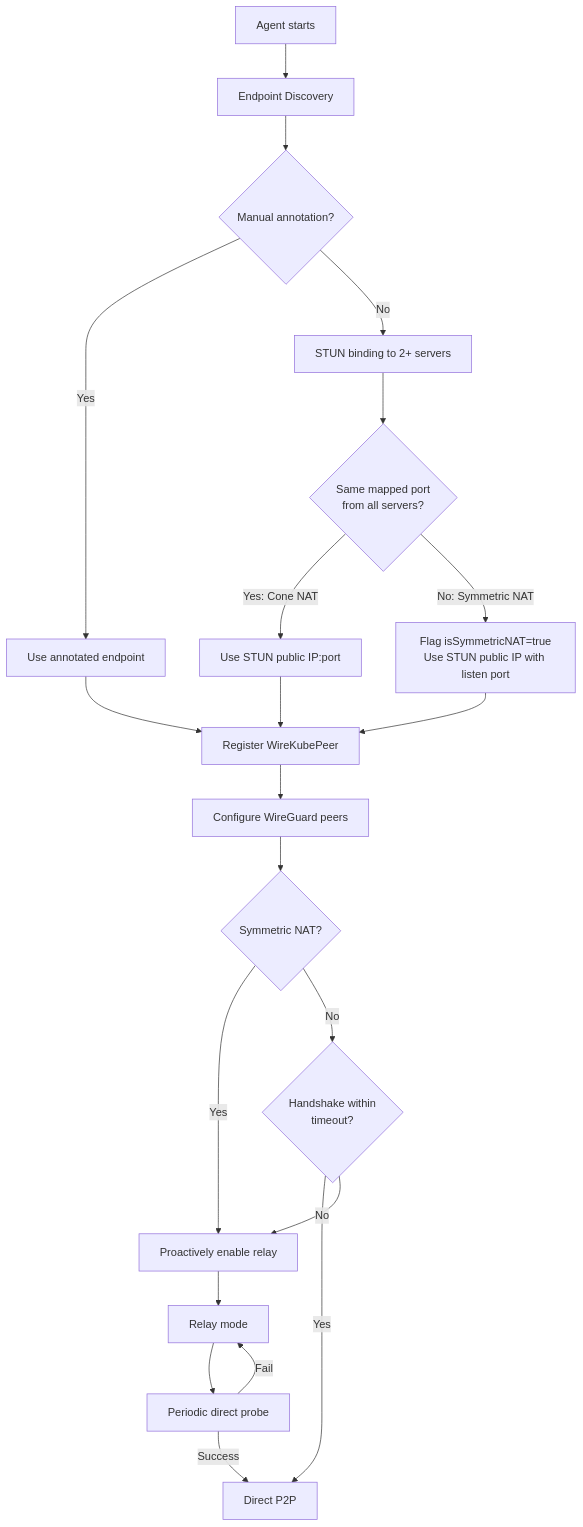
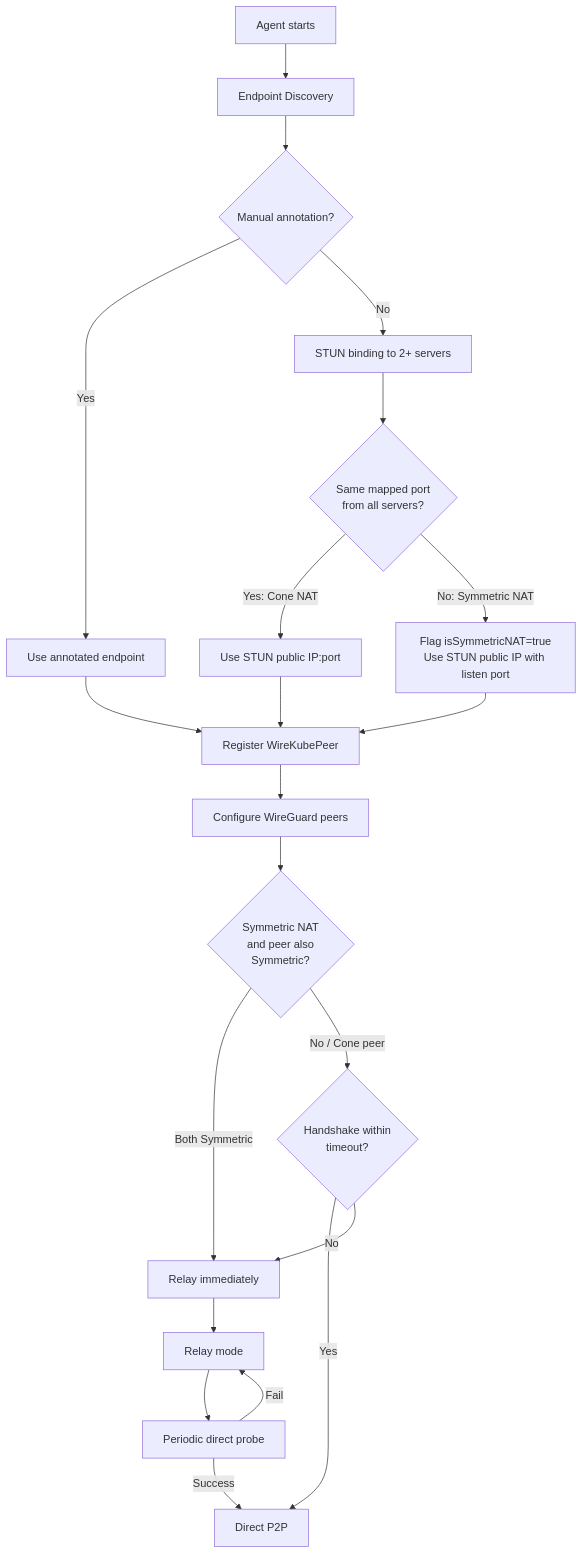
The second of 2 diagrams in docs/architecture/nat-traversal.md (inerplat/wirekube), drawn with Mermaid before and after one commit. The commit also changed other lines of this file and 9 other files, not shown here.

First line of the commit message:
feat: add natType/peerTransports fields and enable Cone↔Symmetric direct P2P

````diff
--- a/docs/architecture/nat-traversal.md
+++ b/docs/architecture/nat-traversal.md
@@ -63,23 +64,23 @@
 ```mermaid
 graph TD
     A[Agent starts] --> B[Endpoint Discovery]
     B --> C{Manual annotation?}
     C -->|Yes| D[Use annotated endpoint]
     C -->|No| E[STUN binding to 2+ servers]
     E --> F{Same mapped port<br/>from all servers?}
     F -->|Yes: Cone NAT| G[Use STUN public IP:port]
     F -->|No: Symmetric NAT| H[Flag isSymmetricNAT=true<br/>Use STUN public IP with listen port]
     G --> I[Register WireKubePeer]
     D --> I
     H --> I
     I --> J[Configure WireGuard peers]
-    J --> K{Symmetric NAT?}
-    K -->|Yes| L[Proactively enable relay]
-    K -->|No| M{Handshake within<br/>timeout?}
+    J --> K{Symmetric NAT<br/>and peer also<br/>Symmetric?}
+    K -->|Both Symmetric| L[Relay immediately]
+    K -->|No / Cone peer| M{Handshake within<br/>timeout?}
     M -->|Yes| N[Direct P2P]
     M -->|No| L
     L --> O[Relay mode]
     O --> P[Periodic direct probe]
     P -->|Success| N
     P -->|Fail| O
 ```
````
